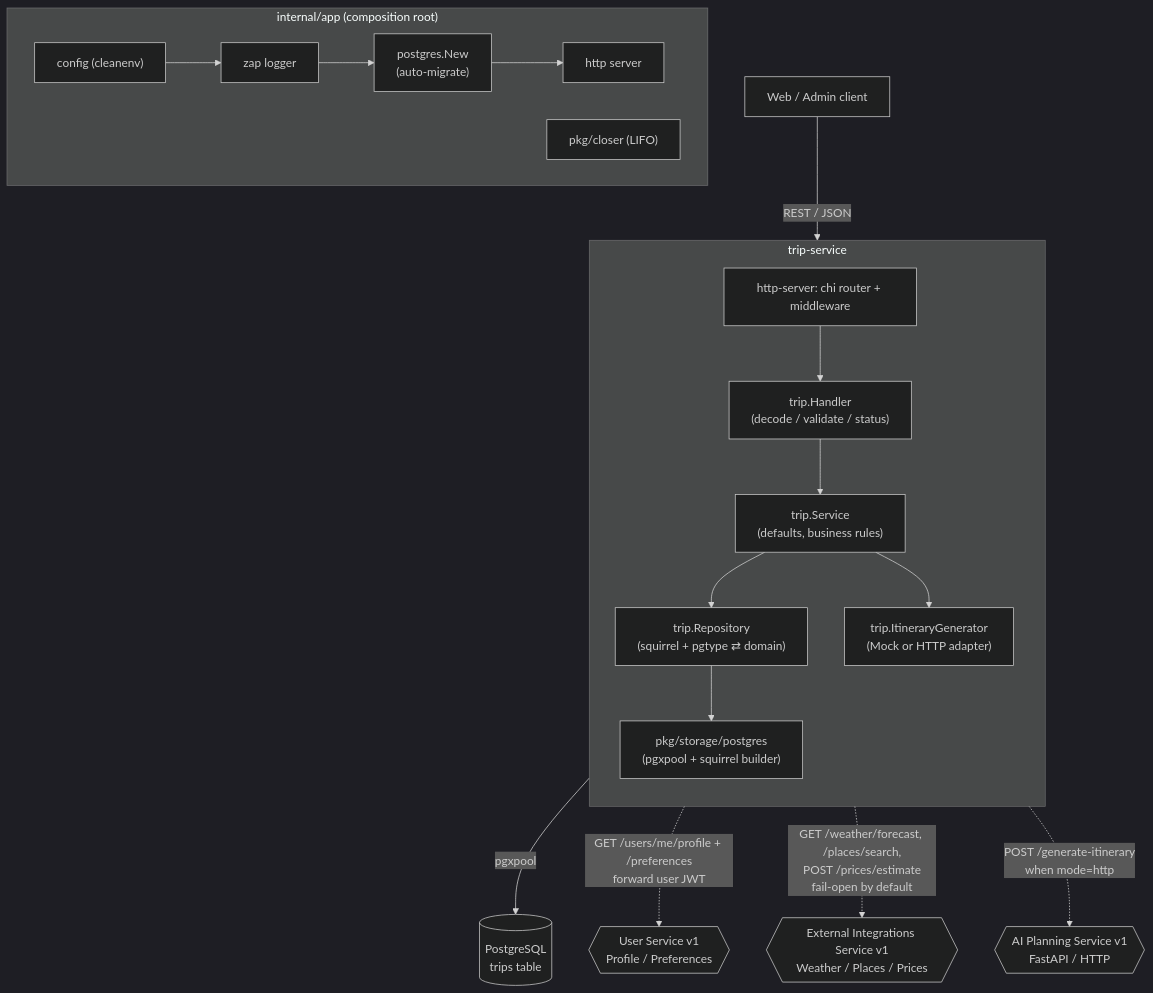
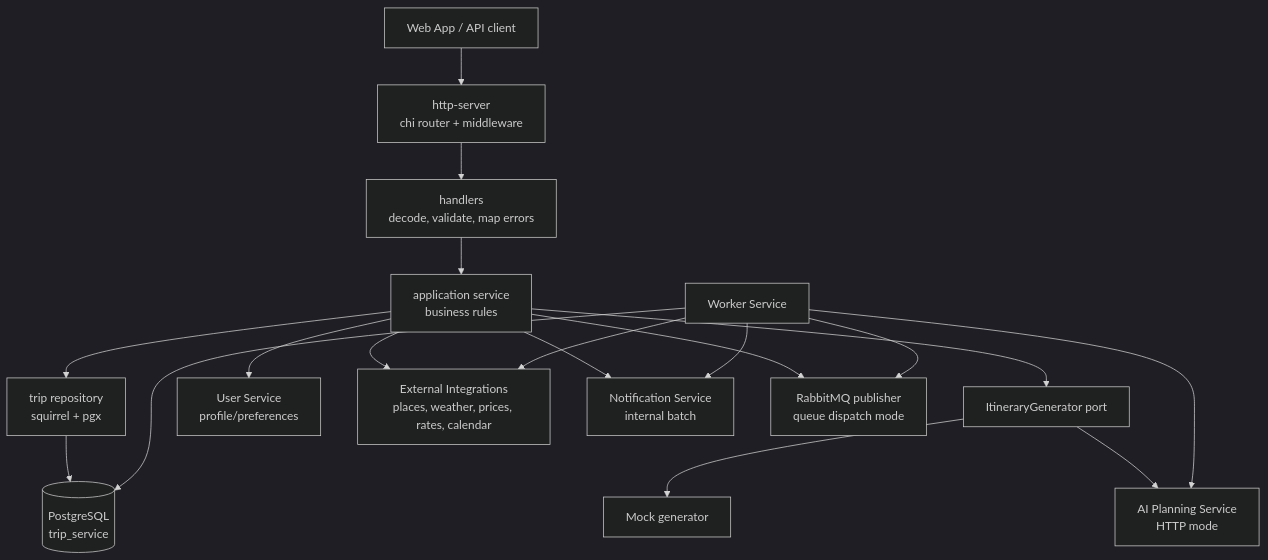
Before and after one commit to KovalenkoDima236961/Travel_Ai_App: the first of 3 diagrams in services/trip-service/README.md, drawn with Mermaid (dark theme). The commit also changed other lines of this file and 10 other files, not shown here.

````diff
--- a/services/trip-service/README.md
+++ b/services/trip-service/README.md
@@ -503,30 +13,24 @@
 ```mermaid
 flowchart TD
-    Client["Web / Admin client"]
+    Client["Web App / API client"] --> HTTP["http-server<br/>chi router + middleware"]
+    HTTP --> Handler["handlers<br/>decode, validate, map errors"]
+    Handler --> Service["application service<br/>business rules"]
 
-    subgraph TS["trip-service"]
-        direction TB
-        RT["http-server: chi router + middleware"]
-        TH["trip.Handler\n(decode / validate / status)"]
-        SV["trip.Service\n(defaults, business rules)"]
-        GEN["trip.ItineraryGenerator\n(Mock or HTTP adapter)"]
-        RP["trip.Repository\n(squirrel + pgtype ⇄ domain)"]
-        PGPKG["pkg/storage/postgres\n(pgxpool + squirrel builder)"]
-    end
+    Service --> Repo["trip repository<br/>squirrel + pgx"]
+    Repo --> DB[("PostgreSQL<br/>trip_service")]
 
-    PG[("PostgreSQL\ntrips table")]
-AI{{"AI Planning Service v1\nFastAPI / HTTP"}}
-    US{{"User Service v1\nProfile / Preferences"}}
-    EX{{"External Integrations Service v1\nWeather / Places / Prices"}}
+    Service --> Generator["ItineraryGenerator port"]
+    Generator --> Mock["Mock generator"]
+    Generator --> AI["AI Planning Service<br/>HTTP mode"]
 
-    Client -->|"REST / JSON"| RT --> TH --> SV --> RP --> PGPKG -->|"pgxpool"| PG
-    SV --> GEN
-    SV -.->|"GET /users/me/profile + /preferences\nforward user JWT"| US
-    SV -.->|"GET /weather/forecast, /places/search,\nPOST /prices/estimate\nfail-open by default"| EX
-    GEN -.->|"POST /generate-itinerary\nwhen mode=http"| AI
+    Service --> User["User Service<br/>profile/preferences"]
+    Service --> External["External Integrations<br/>places, weather, prices, rates, calendar"]
+    Service --> Notify["Notification Service<br/>internal batch"]
+    Service --> Rabbit["RabbitMQ publisher<br/>queue dispatch mode"]
 
-    subgraph BOOT["internal/app (composition root)"]
-        CFG["config (cleanenv)"] --> LOG["zap logger"] --> DB["postgres.New\n(auto-migrate)"] --> SRV["http server"]
-        CL["pkg/closer (LIFO)"]
-    end
+    Worker["Worker Service"] --> Rabbit
+    Worker --> DB
+    Worker --> AI
+    Worker --> External
+    Worker --> Notify
 ```
````
